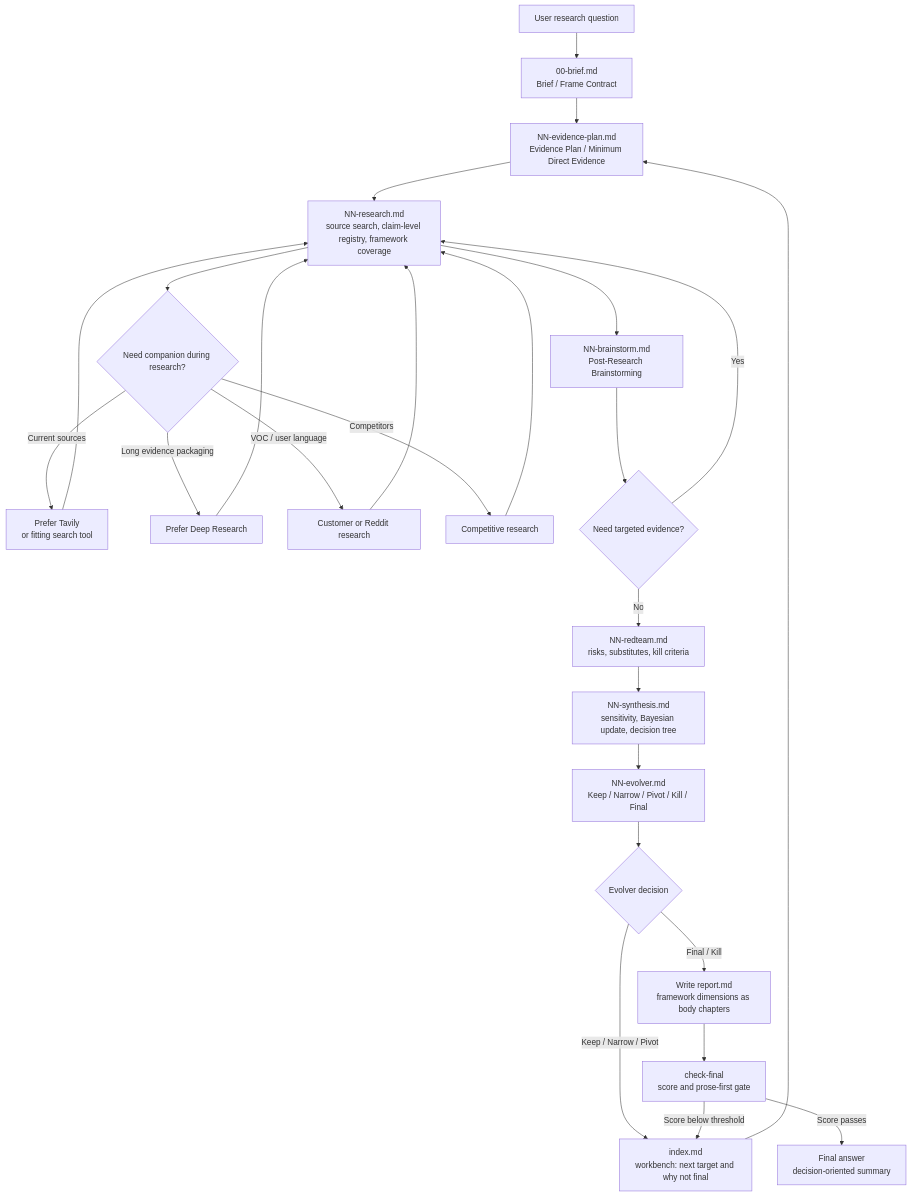
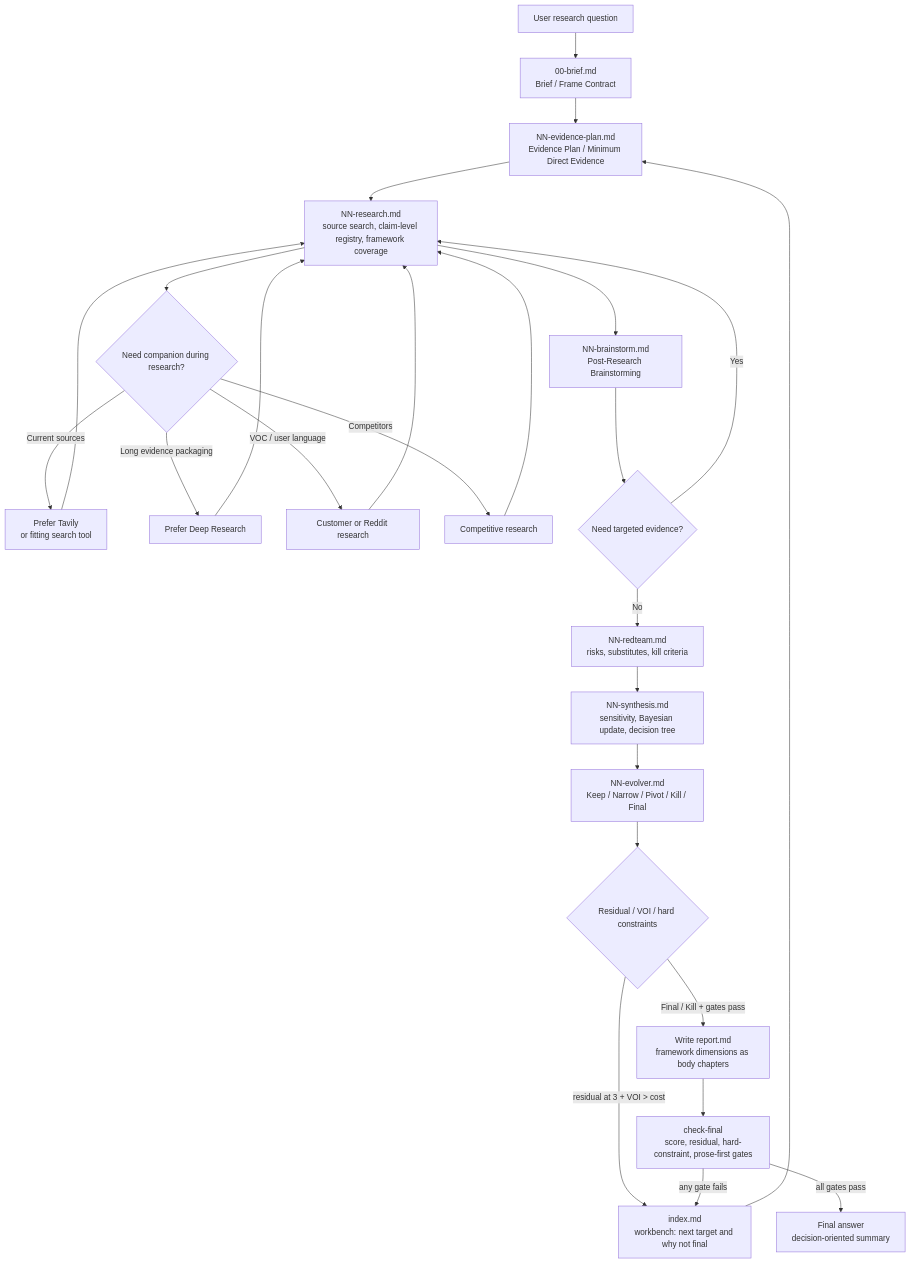
One commit to GoatGit/super-survey changed the diagram in README.md. Above: the diagram before and after it, drawn with Mermaid. The commit also changed other lines of this file and 12 other files, not shown here.

Commit message:
Add residual-driven survey gates

````diff
--- a/README.md
+++ b/README.md
@@ -245,28 +248,28 @@
 ```mermaid
 flowchart TD
     A[User research question] --> B[00-brief.md<br/>Brief / Frame Contract]
     B --> P[NN-evidence-plan.md<br/>Evidence Plan / Minimum Direct Evidence]
     P --> C[NN-research.md<br/>source search, claim-level registry, framework coverage]
     C --> D{Need companion during research?}
     D -->|Current sources| D1[Prefer Tavily<br/>or fitting search tool]
     D -->|Long evidence packaging| D2[Prefer Deep Research]
     D -->|VOC / user language| D3[Customer or Reddit research]
     D -->|Competitors| D4[Competitive research]
     D1 --> C
     D2 --> C
     D3 --> C
     D4 --> C
     C --> E[NN-brainstorm.md<br/>Post-Research Brainstorming]
     E --> X{Need targeted evidence?}
     X -->|Yes| C
     X -->|No| F[NN-redteam.md<br/>risks, substitutes, kill criteria]
     F --> G[NN-synthesis.md<br/>sensitivity, Bayesian update, decision tree]
     G --> H[NN-evolver.md<br/>Keep / Narrow / Pivot / Kill / Final]
-    H --> Q{Evolver decision}
-    Q -->|Keep / Narrow / Pivot| I[index.md<br/>workbench: next target and why not final]
+    H --> V{Residual / VOI / hard constraints}
+    V -->|residual at 3 + VOI > cost| I[index.md<br/>workbench: next target and why not final]
     I --> P
-    Q -->|Final / Kill| J[Write report.md<br/>framework dimensions as body chapters]
-    J --> R[check-final<br/>score and prose-first gate]
-    R -->|Score below threshold| I
-    R -->|Score passes| K[Final answer<br/>decision-oriented summary]
+    V -->|Final / Kill + gates pass| J[Write report.md<br/>framework dimensions as body chapters]
+    J --> R[check-final<br/>score, residual, hard-constraint, prose-first gates]
+    R -->|any gate fails| I
+    R -->|all gates pass| K[Final answer<br/>decision-oriented summary]
 ```
````
